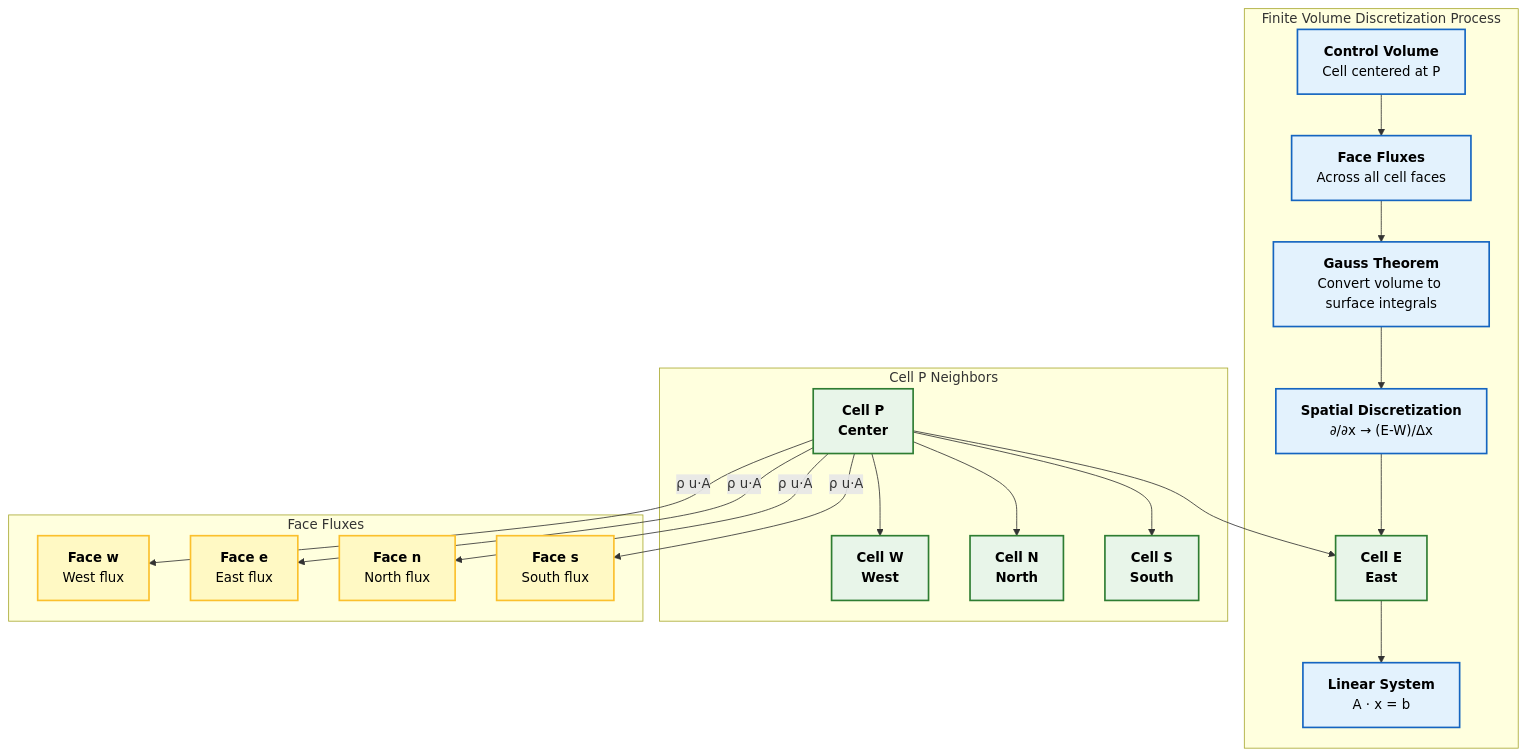
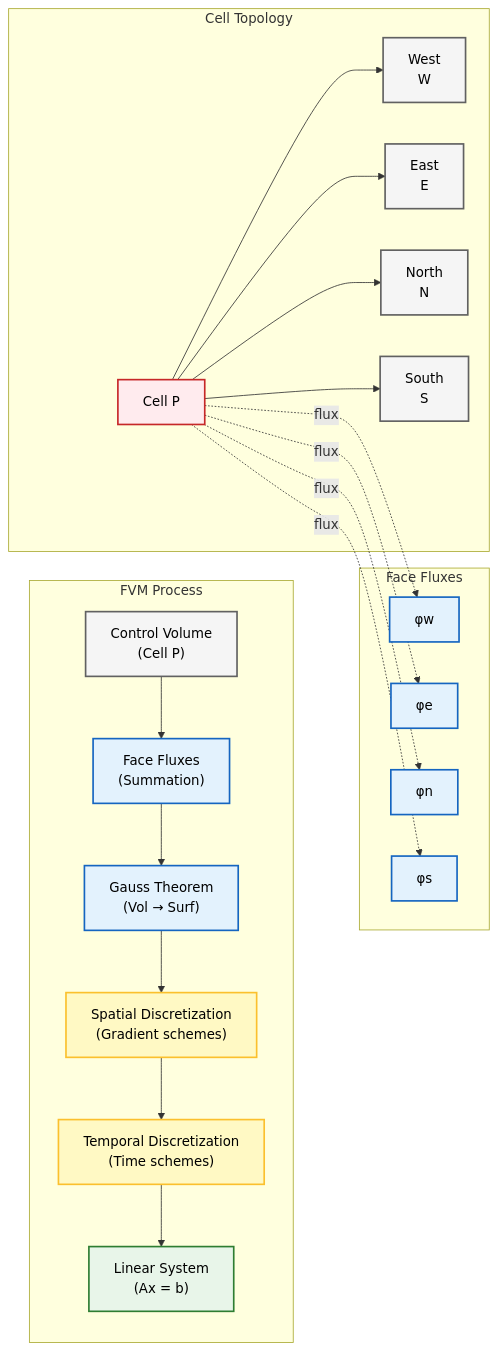
One commit to wramet/build-my-cfd changed the first of 4 diagrams in MODULE_01_CFD_FUNDAMENTALS/CONTENT/01_GOVERNING_EQUATIONS/05_OpenFOAM_Implementation.md. Above: the diagram before and after it, drawn with Mermaid. The commit also changed other lines of this file and 313 other files, not shown here.

Commit message:
Revise all diagram

````diff
--- a/MODULE_01_CFD_FUNDAMENTALS/CONTENT/01_GOVERNING_EQUATIONS/05_OpenFOAM_Implementation.md
+++ b/MODULE_01_CFD_FUNDAMENTALS/CONTENT/01_GOVERNING_EQUATIONS/05_OpenFOAM_Implementation.md
@@ -13,38 +13,35 @@
 ```mermaid
-graph TD
-    subgraph "Finite Volume Discretization Process"
-        A["<b>Control Volume</b><br/>Cell centered at P"] --> B["<b>Face Fluxes</b><br/>Across all cell faces"]
-        B --> C["<b>Gauss Theorem</b><br/>Convert volume to surface integrals"]
-        C --> D["<b>Spatial Discretization</b><br/>∂/∂x → (E-W)/Δx"]
-        D --> E["<b>Temporal Integration</b><br/>Euler, Backward, Crank-Nicolson"]
-        E --> F["<b>Linear System</b><br/>A · x = b"]
-    end
+graph LR
+subgraph FVM["FVM Process"]
+    A["Control Volume<br/>(Cell P)"]:::context --> B["Face Fluxes<br/>(Summation)"]:::implicit
+    B --> C["Gauss Theorem<br/>(Vol → Surf)"]:::implicit
+    C --> D["Spatial Discretization<br/>(Gradient schemes)"]:::explicit
+    D --> E["Temporal Discretization<br/>(Time schemes)"]:::explicit
+    E --> F["Linear System<br/>(Ax = b)"]:::success
+end
 
-    subgraph "Cell P Neighbors"
-        P["<b>Cell P<br/>Center</b>"] --> W["<b>Cell W<br/>West</b>"]
-        P --> E["<b>Cell E<br/>East</b>"]
-        P --> N["<b>Cell N<br/>North</b>"]
-        P --> S["<b>Cell S<br/>South</b>"]
-    end
+subgraph Topology["Cell Topology"]
+    P["Cell P"]:::volatile --> W["West<br/>W"]:::context
+    P --> E_cell["East<br/>E"]:::context
+    P --> N["North<br/>N"]:::context
+    P --> S["South<br/>S"]:::context
+end
 
-    subgraph "Face Fluxes"
-        PW["<b>Face w</b><br/>West flux"]
-        PE["<b>Face e</b><br/>East flux"]
-        PN["<b>Face n</b><br/>North flux"]
-        PS["<b>Face s</b><br/>South flux"]
-    end
+subgraph Fluxes["Face Fluxes"]
+    PW["φw"]:::implicit
+    PE["φe"]:::implicit
+    PN["φn"]:::implicit
+    PS["φs"]:::implicit
+end
 
-    P -- "ρ u·A" --> PW
-    P -- "ρ u·A" --> PE
-    P -- "ρ u·A" --> PN
-    P -- "ρ u·A" --> PS
+P -.->|flux| PW
+P -.->|flux| PE
+P -.->|flux| PN
+P -.->|flux| PS
 
-    classDef process fill:#e3f2fd,stroke:#1565c0,stroke-width:2px,color:#000;
-    classDef decision fill:#fff9c4,stroke:#fbc02d,stroke-width:2px,color:#000;
-    classDef terminator fill:#ffebee,stroke:#c62828,stroke-width:2px,color:#000;
-    classDef storage fill:#e8f5e9,stroke:#2e7d32,stroke-width:2px,color:#000;
-
-    class A,B,C,D,E,F process;
-    class P,W,E,N,S storage;
-    class PW,PE,PN,PS decision;
+classDef context fill:#f5f5f5,stroke:#616161,stroke-width:2px,color:#000;
+classDef implicit fill:#e3f2fd,stroke:#1565c0,stroke-width:2px,color:#000;
+classDef explicit fill:#fff9c4,stroke:#fbc02d,stroke-width:2px,color:#000;
+classDef volatile fill:#ffebee,stroke:#c62828,stroke-width:2px,color:#000;
+classDef success fill:#e8f5e9,stroke:#2e7d32,stroke-width:2px,color:#000;
 ```
````
